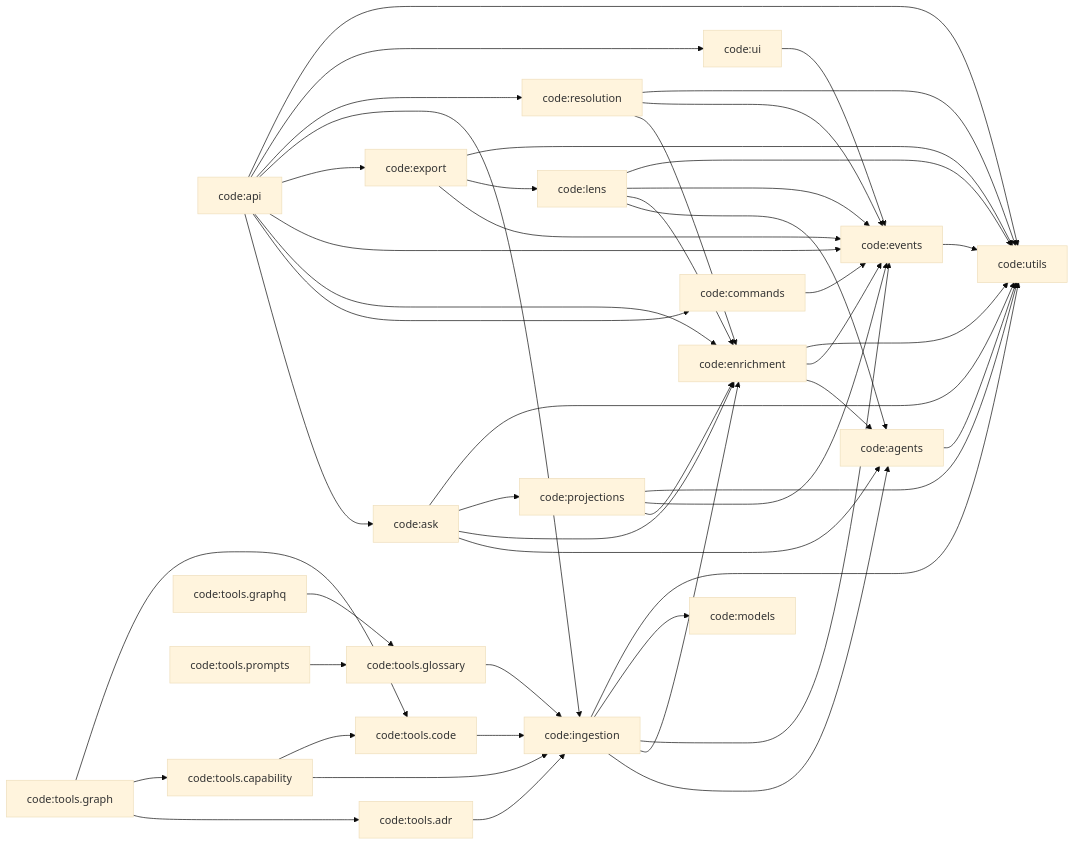
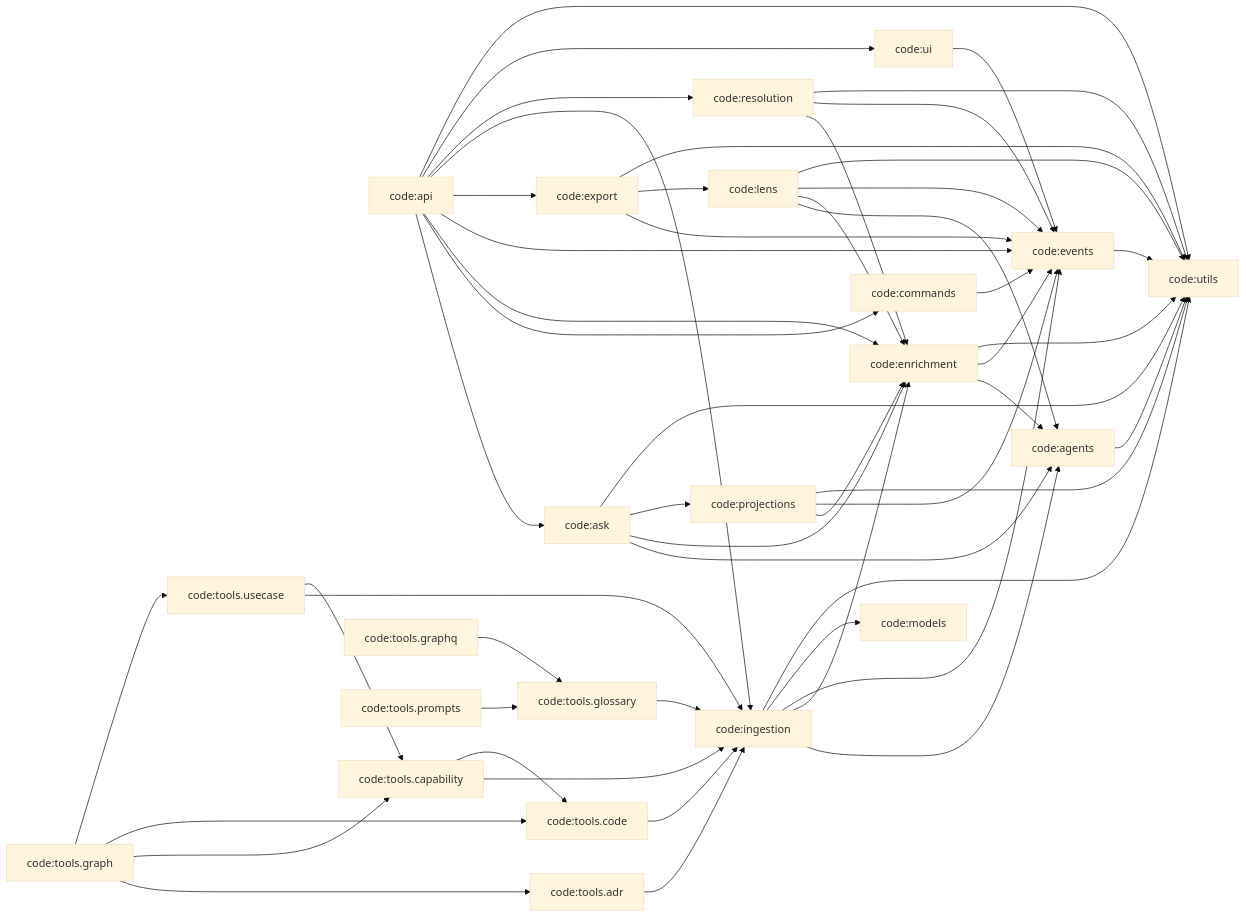
Before and after one commit to DigitalCowboyN/interview_analyzer_chaining: the third of 6 diagrams in docs/graph/graph.md, drawn with Mermaid (base theme). The commit also changed other lines of this file and 52 other files, not shown here.

First line of the commit message:
Use-cases domain — the graph source layer (Round 3a, ADR-0021) (#33)

````diff
--- a/docs/graph/graph.md
+++ b/docs/graph/graph.md
@@ -141,51 +143,54 @@
 ```mermaid
 graph LR
     n_code_agents["code:agents"] --> n_code_utils["code:utils"]
     n_code_api["code:api"] --> n_code_ask["code:ask"]
     n_code_api["code:api"] --> n_code_commands["code:commands"]
     n_code_api["code:api"] --> n_code_enrichment["code:enrichment"]
     n_code_api["code:api"] --> n_code_events["code:events"]
     n_code_api["code:api"] --> n_code_export["code:export"]
     n_code_api["code:api"] --> n_code_ingestion["code:ingestion"]
     n_code_api["code:api"] --> n_code_resolution["code:resolution"]
     n_code_api["code:api"] --> n_code_ui["code:ui"]
     n_code_api["code:api"] --> n_code_utils["code:utils"]
     n_code_ask["code:ask"] --> n_code_agents["code:agents"]
     n_code_ask["code:ask"] --> n_code_enrichment["code:enrichment"]
     n_code_ask["code:ask"] --> n_code_projections["code:projections"]
     n_code_ask["code:ask"] --> n_code_utils["code:utils"]
     n_code_commands["code:commands"] --> n_code_events["code:events"]
     n_code_enrichment["code:enrichment"] --> n_code_agents["code:agents"]
     n_code_enrichment["code:enrichment"] --> n_code_events["code:events"]
     n_code_enrichment["code:enrichment"] --> n_code_utils["code:utils"]
     n_code_events["code:events"] --> n_code_utils["code:utils"]
     n_code_export["code:export"] --> n_code_events["code:events"]
     n_code_export["code:export"] --> n_code_lens["code:lens"]
     n_code_export["code:export"] --> n_code_utils["code:utils"]
     n_code_ingestion["code:ingestion"] --> n_code_agents["code:agents"]
     n_code_ingestion["code:ingestion"] --> n_code_enrichment["code:enrichment"]
     n_code_ingestion["code:ingestion"] --> n_code_events["code:events"]
     n_code_ingestion["code:ingestion"] --> n_code_models["code:models"]
     n_code_ingestion["code:ingestion"] --> n_code_utils["code:utils"]
     n_code_lens["code:lens"] --> n_code_agents["code:agents"]
     n_code_lens["code:lens"] --> n_code_enrichment["code:enrichment"]
     n_code_lens["code:lens"] --> n_code_events["code:events"]
     n_code_lens["code:lens"] --> n_code_utils["code:utils"]
     n_code_projections["code:projections"] --> n_code_enrichment["code:enrichment"]
     n_code_projections["code:projections"] --> n_code_events["code:events"]
     n_code_projections["code:projections"] --> n_code_utils["code:utils"]
     n_code_resolution["code:resolution"] --> n_code_enrichment["code:enrichment"]
     n_code_resolution["code:resolution"] --> n_code_events["code:events"]
     n_code_resolution["code:resolution"] --> n_code_utils["code:utils"]
     n_code_tools_adr["code:tools.adr"] --> n_code_ingestion["code:ingestion"]
     n_code_tools_capability["code:tools.capability"] --> n_code_ingestion["code:ingestion"]
     n_code_tools_capability["code:tools.capability"] --> n_code_tools_code["code:tools.code"]
     n_code_tools_code["code:tools.code"] --> n_code_ingestion["code:ingestion"]
     n_code_tools_glossary["code:tools.glossary"] --> n_code_ingestion["code:ingestion"]
     n_code_tools_graph["code:tools.graph"] --> n_code_tools_adr["code:tools.adr"]
     n_code_tools_graph["code:tools.graph"] --> n_code_tools_capability["code:tools.capability"]
     n_code_tools_graph["code:tools.graph"] --> n_code_tools_code["code:tools.code"]
+    n_code_tools_graph["code:tools.graph"] --> n_code_tools_usecase["code:tools.usecase"]
     n_code_tools_graphq["code:tools.graphq"] --> n_code_tools_glossary["code:tools.glossary"]
     n_code_tools_prompts["code:tools.prompts"] --> n_code_tools_glossary["code:tools.glossary"]
+    n_code_tools_usecase["code:tools.usecase"] --> n_code_ingestion["code:ingestion"]
+    n_code_tools_usecase["code:tools.usecase"] --> n_code_tools_capability["code:tools.capability"]
     n_code_ui["code:ui"] --> n_code_events["code:events"]
 ```
````
